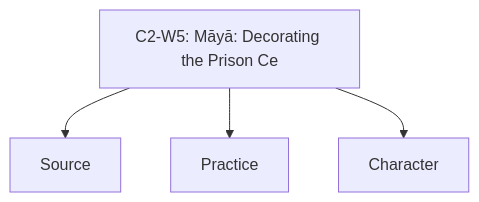
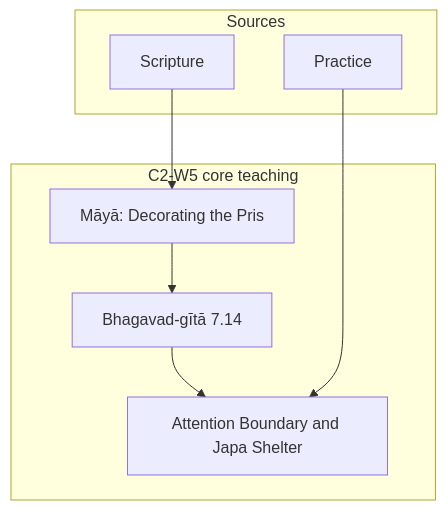
Before and after one commit to swap2you/kutumba-family-program: the diagram in 11-weekly-program-library/first-six-months/c2-w5-māyā-decorating-the-prison-cell/visuals/concept-map.mmd, drawn with Mermaid. The commit also changed 198 other files, not shown here.

```diff
--- a/11-weekly-program-library/first-six-months/c2-w5-māyā-decorating-the-prison-cell/visuals/concept-map.mmd
+++ b/11-weekly-program-library/first-six-months/c2-w5-māyā-decorating-the-prison-cell/visuals/concept-map.mmd
@@ -1,4 +1,13 @@
-flowchart TD
-  A[C2-W5: Māyā: Decorating the Prison Ce] --> B[Source]
-  A --> C[Practice]
-  A --> D[Character]
+flowchart TB
+    subgraph TEACHING["C2-W5 core teaching"]
+        A["Māyā: Decorating the Pris"]
+        B["Bhagavad-gītā 7.14"]
+        C["Attention Boundary and Japa Shelter"]
+    end
+    subgraph SOURCES["Sources"]
+        S1[Scripture]
+        S2[Practice]
+    end
+    A --> B --> C
+    S1 --> A
+    S2 --> C
```
